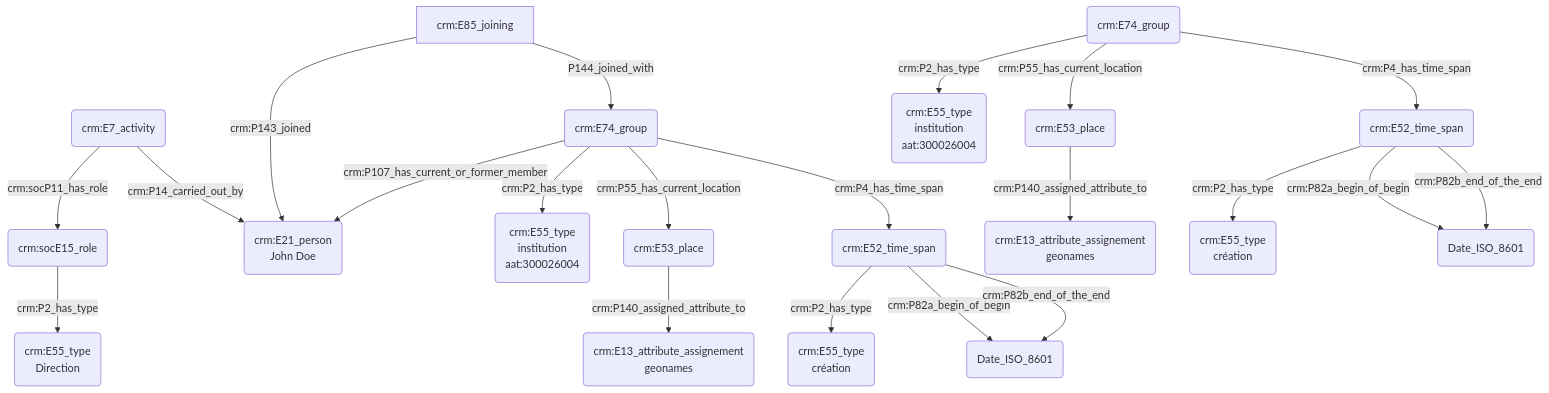
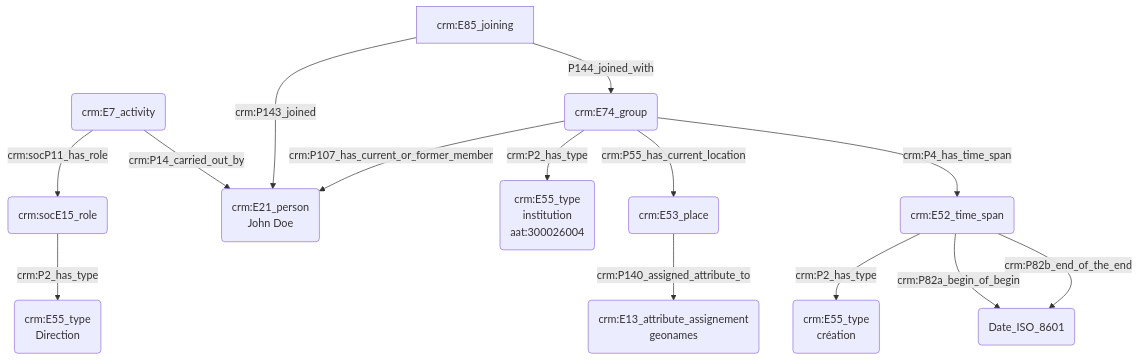
The diagram in modules/livrables/Dossier 2/Prosopographie/statut ou rôle au sein d'une institution.md (Amleth/consortium-musica2-gt2-ontologies), drawn with Mermaid before and after one commit.

Commit message:
Update statut ou rôle au sein d'une institution.md

````diff
--- a/modules/livrables/Dossier 2/Prosopographie/statut ou rôle au sein d'une institution.md
+++ b/modules/livrables/Dossier 2/Prosopographie/statut ou rôle au sein d'une institution.md
@@ -11,28 +11,20 @@
 ```mermaid
 graph TD;
 
 H(crm:E7_activity) --> |crm:socP11_has_role| J(crm:socE15_role)
 J(crm:socE15_role) -->|crm:P2_has_type| I(crm:E55_type<br>Direction)
 H(crm:E7_activity) --> |crm:P14_carried_out_by| K(crm:E21_person<br>John Doe)
 
 L[crm:E85_joining] -->|crm:P143_joined| K(crm:E21_person<br>John Doe)
 M(crm:E74_group) --> |crm:P107_has_current_or_former_member| K(crm:E21_person<br>John Doe)
 L[crm:E85_joining] --> |P144_joined_with| M(crm:E74_group)
 
 M(crm:E74_group) -->|crm:P2_has_type| N(crm:E55_type<br>institution<br>aat:300026004)
 M(crm:E74_group) -->|crm:P55_has_current_location| O(crm:E53_place)
 O(crm:E53_place) -->|crm:P140_assigned_attribute_to| P(crm:E13_attribute_assignement<br>geonames)
 M(crm:E74_group) -->|crm:P4_has_time_span| R(crm:E52_time_span)
 R(crm:E52_time_span) -->|crm:P2_has_type| T(crm:E55_type<br>création)
 R(crm:E52_time_span) -->|crm:P82a_begin_of_begin| S(Date_ISO_8601)
 R(crm:E52_time_span) -->|crm:P82b_end_of_the_end| S(Date_ISO_8601)
 
-A(crm:E74_group) -->|crm:P2_has_type| B(crm:E55_type<br>institution<br>aat:300026004)
-A(crm:E1_group) -->|crm:P55_has_current_location| C(crm:E53_place)
-C(crm:E53_place) -->|crm:P140_assigned_attribute_to| D(crm:E13_attribute_assignement<br>geonames)
-A(crm:E74_group) -->|crm:P4_has_time_span| E(crm:E52_time_span)
-E(crm:E52_time_span) -->|crm:P2_has_type| G(crm:E55_type<br>création)
-E(crm:E52_time_span) -->|crm:P82a_begin_of_begin| F(Date_ISO_8601)
-E(crm:E52_time_span) -->|crm:P82b_end_of_the_end| F(Date_ISO_8601)
-
 ```
````
